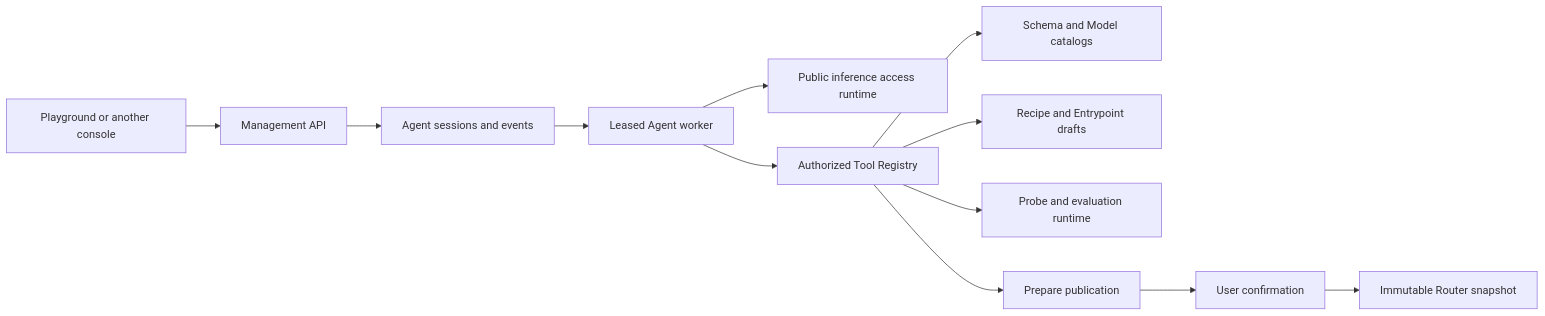
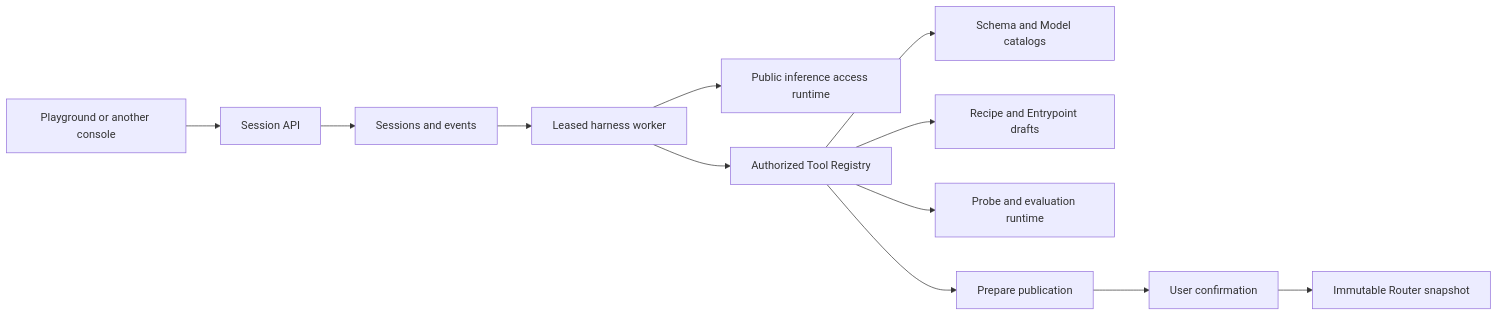
Before and after one commit to vllm-project/semantic-router: the diagram in website/docs/proposals/router-native-agent-runtime.md, drawn with Mermaid. The commit also changed other lines of this file and 21 other files, not shown here.

````diff
--- a/website/docs/proposals/router-native-agent-runtime.md
+++ b/website/docs/proposals/router-native-agent-runtime.md
@@ -48,14 +46,14 @@
 ```mermaid
 flowchart LR
-  UI["Playground or another console"] --> Management["Management API"]
-  Management --> Sessions["Agent sessions and events"]
-  Sessions --> Worker["Leased Agent worker"]
+  UI["Playground or another console"] --> SessionAPI["Session API"]
+  SessionAPI --> Sessions["Sessions and events"]
+  Sessions --> Worker["Leased harness worker"]
   Worker --> Inference["Public inference access runtime"]
   Worker --> Tools["Authorized Tool Registry"]
   Tools --> Catalog["Schema and Model catalogs"]
   Tools --> Drafts["Recipe and Entrypoint drafts"]
   Tools --> Eval["Probe and evaluation runtime"]
   Tools --> Publish["Prepare publication"]
   Publish --> Confirm["User confirmation"]
   Confirm --> Snapshot["Immutable Router snapshot"]
 ```
````
